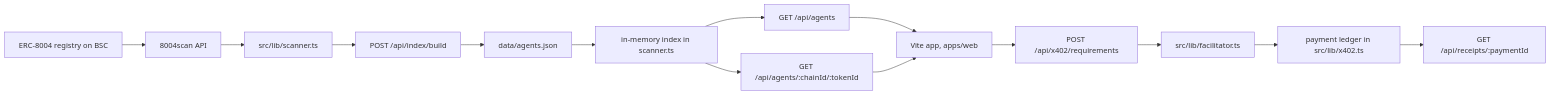
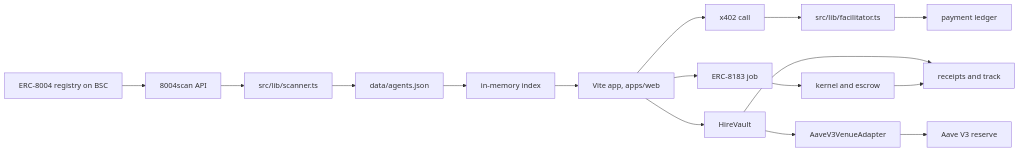
One commit to blockballr/agentsouk changed the first of 2 diagrams in docs/architecture.md. Above: the diagram before and after it, drawn with Mermaid. The commit also changed other lines of this file and 11 other files, not shown here.

````diff
--- a/docs/architecture.md
+++ b/docs/architecture.md
@@ -109,16 +109,18 @@
 ```mermaid
 flowchart LR
     R[ERC-8004 registry on BSC] --> A[8004scan API]
     A --> S[src/lib/scanner.ts]
-    S --> B[POST /api/index/build]
-    B --> J[data/agents.json]
-    J --> I[in-memory index in scanner.ts]
-    I --> Q[GET /api/agents]
-    I --> D[GET /api/agents/:chainId/:tokenId]
-    Q --> W[Vite app, apps/web]
-    D --> W
-    W --> REQ[POST /api/x402/requirements]
-    REQ --> F[src/lib/facilitator.ts]
-    F --> L[payment ledger in src/lib/x402.ts]
-    L --> RC[GET /api/receipts/:paymentId]
+    S --> J[data/agents.json]
+    J --> I[in-memory index]
+    I --> W[Vite app, apps/web]
+    W --> X[x402 call]
+    X --> F[src/lib/facilitator.ts]
+    W --> E[ERC-8183 job]
+    E --> K[kernel and escrow]
+    W --> V[HireVault]
+    V --> VA[AaveV3VenueAdapter]
+    VA --> RS[Aave V3 reserve]
+    F --> L[payment ledger]
+    V --> T[receipts and track]
+    K --> T
 ```
````
